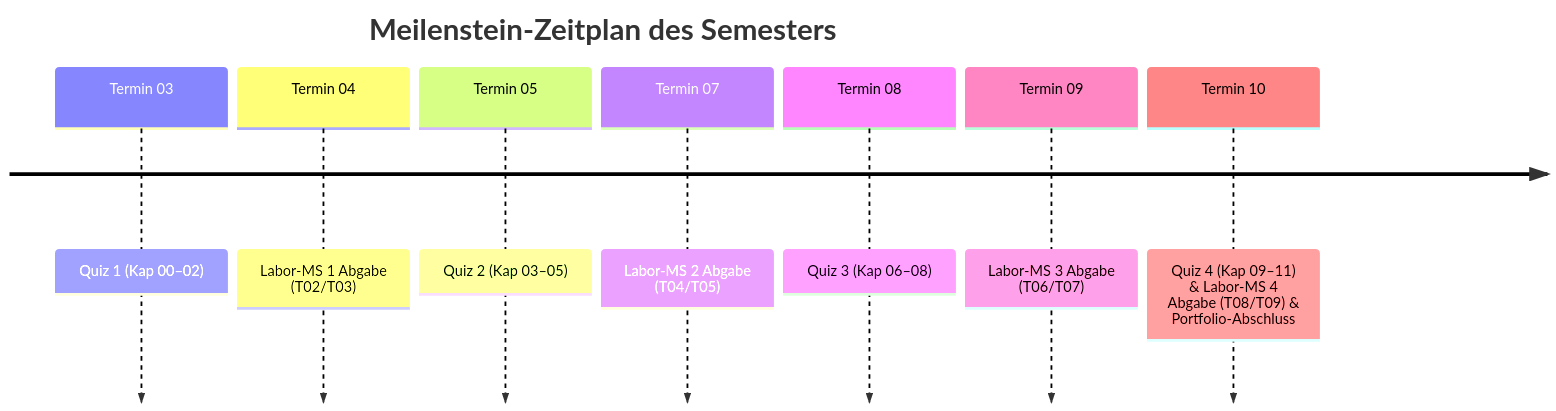
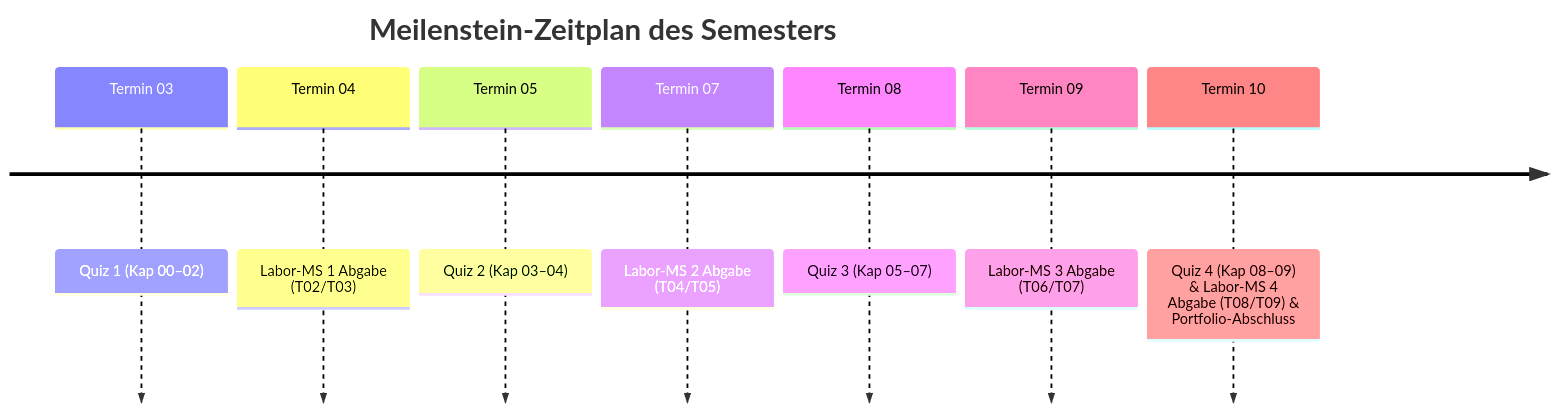
Before and after one commit to ghackenberg/kurs-computer-simulation: the fifth of 5 diagrams in Konzept/01_Lehrveranstaltungsstruktur_und_Syllabus.md, drawn with Mermaid. The commit also changed other lines of this file and 68 other files, not shown here.

````diff
--- a/Konzept/01_Lehrveranstaltungsstruktur_und_Syllabus.md
+++ b/Konzept/01_Lehrveranstaltungsstruktur_und_Syllabus.md
@@ -738,11 +733,11 @@
 ```mermaid
 timeline
     title Meilenstein-Zeitplan des Semesters
     Termin 03 : Quiz 1 (Kap 00–02)
     Termin 04 : Labor-MS 1 Abgabe (T02/T03)
-    Termin 05 : Quiz 2 (Kap 03–05)
+    Termin 05 : Quiz 2 (Kap 03–04)
     Termin 07 : Labor-MS 2 Abgabe (T04/T05)
-    Termin 08 : Quiz 3 (Kap 06–08)
+    Termin 08 : Quiz 3 (Kap 05–07)
     Termin 09 : Labor-MS 3 Abgabe (T06/T07)
-    Termin 10 : Quiz 4 (Kap 09–11) & Labor-MS 4 Abgabe (T08/T09) & Portfolio-Abschluss
+    Termin 10 : Quiz 4 (Kap 08–09) & Labor-MS 4 Abgabe (T08/T09) & Portfolio-Abschluss
 ```
````
